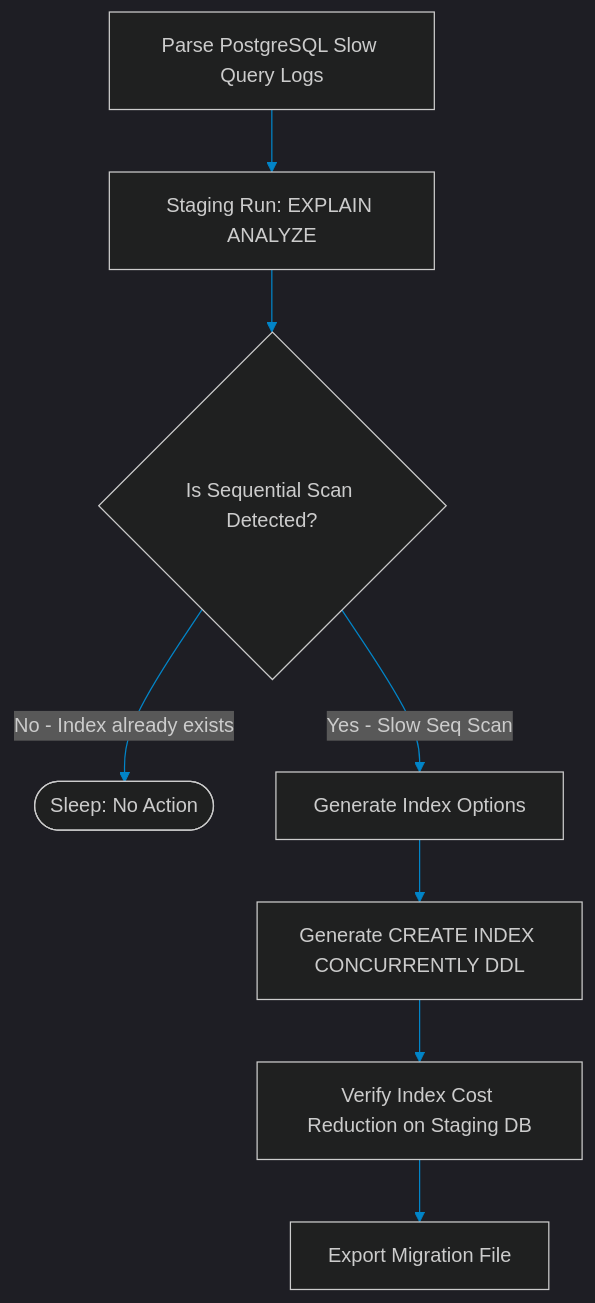
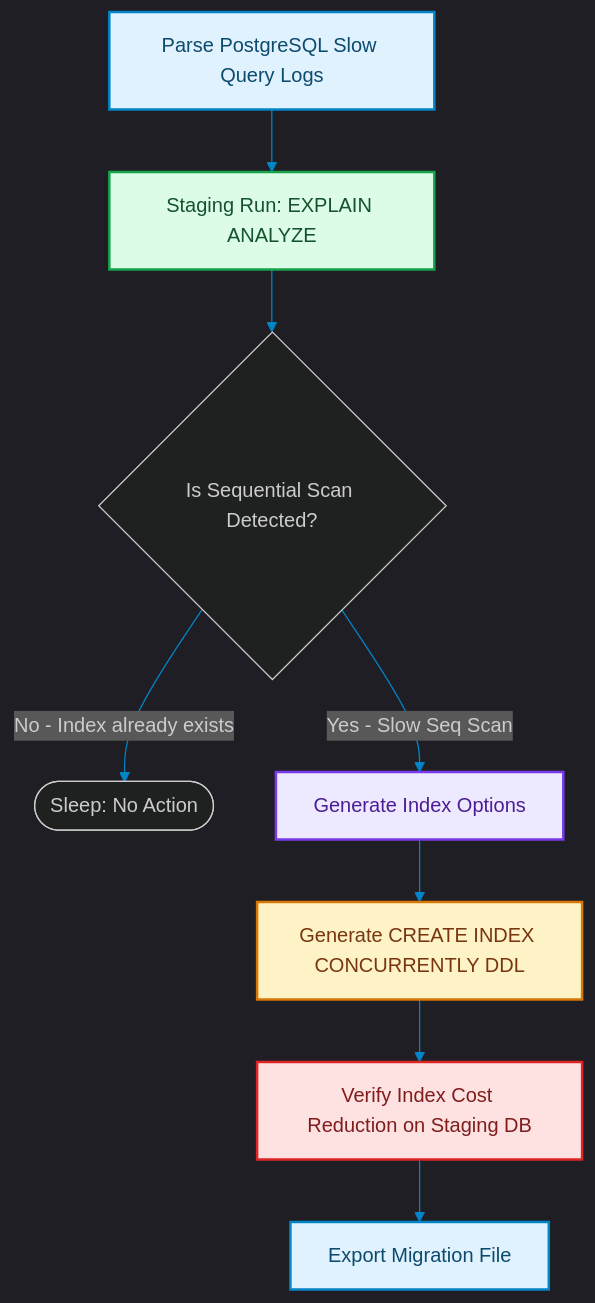
The diagram in blog/posts/database-self-healing-explain-analyze-indexing-swarms.md (akmalkhaniub/akmalkhaniub.github.io), drawn with Mermaid before and after one commit. The commit also changed other lines of this file and 1291 other files, not shown here.

First line of the commit message:
feat(catalog): unique covers, scholarly references, and diagram palettes

````diff
--- a/blog/posts/database-self-healing-explain-analyze-indexing-swarms.md
+++ b/blog/posts/database-self-healing-explain-analyze-indexing-swarms.md
@@ -16,13 +16,24 @@
 ```mermaid
 %%{init: {'theme': 'dark', 'themeVariables': { 'primaryColor': '#0284c7', 'primaryTextColor': '#f3f4f6', 'primaryBorderColor': '#38bdf8', 'lineColor': '#0284c7', 'secondaryColor': '#111827', 'tertiaryColor': '#0b0f19'}}}%%
 flowchart TD
-    Log[Parse PostgreSQL Slow Query Logs] --> CheckExplain[Staging Run: EXPLAIN ANALYZE]
+    Log["Parse PostgreSQL Slow Query Logs"] --> CheckExplain["Staging Run: EXPLAIN ANALYZE"]
     CheckExplain --> ParsePlan{Is Sequential Scan Detected?}
     
     ParsePlan -->|No - Index already exists| Exit([Sleep: No Action])
-    ParsePlan -->|Yes - Slow Seq Scan| Recommendations[Generate Index Options]
+    ParsePlan -->|Yes - Slow Seq Scan| Recommendations["Generate Index Options"]
     
-    Recommendations --> WriteDDL[Generate CREATE INDEX CONCURRENTLY DDL]
-    WriteDDL --> Stage[Verify Index Cost Reduction on Staging DB]
-    Stage --> Commit[Export Migration File]
+    Recommendations --> WriteDDL["Generate CREATE INDEX CONCURRENTLY DDL"]
+    WriteDDL --> Stage["Verify Index Cost Reduction on Staging DB"]
+    Stage --> Commit["Export Migration File"]
+
+classDef green fill:#dcfce7,stroke:#16a34a,stroke-width:2px,color:#14532d;
+classDef red fill:#fee2e2,stroke:#dc2626,stroke-width:2px,color:#7f1d1d;
+classDef blue fill:#e0f2fe,stroke:#0284c7,stroke-width:2px,color:#0c4a6e;
+classDef yellow fill:#fef3c7,stroke:#d97706,stroke-width:2px,color:#78350f;
+classDef purple fill:#ede9fe,stroke:#7c3aed,stroke-width:2px,color:#4c1d95;
+class Log,Commit blue
+class CheckExplain green
+class Recommendations purple
+class WriteDDL yellow
+class Stage red
 ```
````
